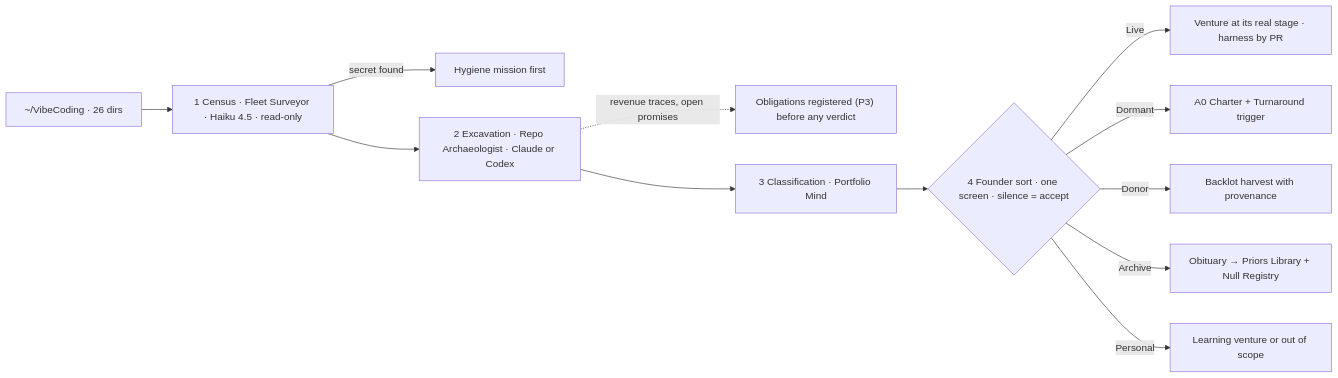
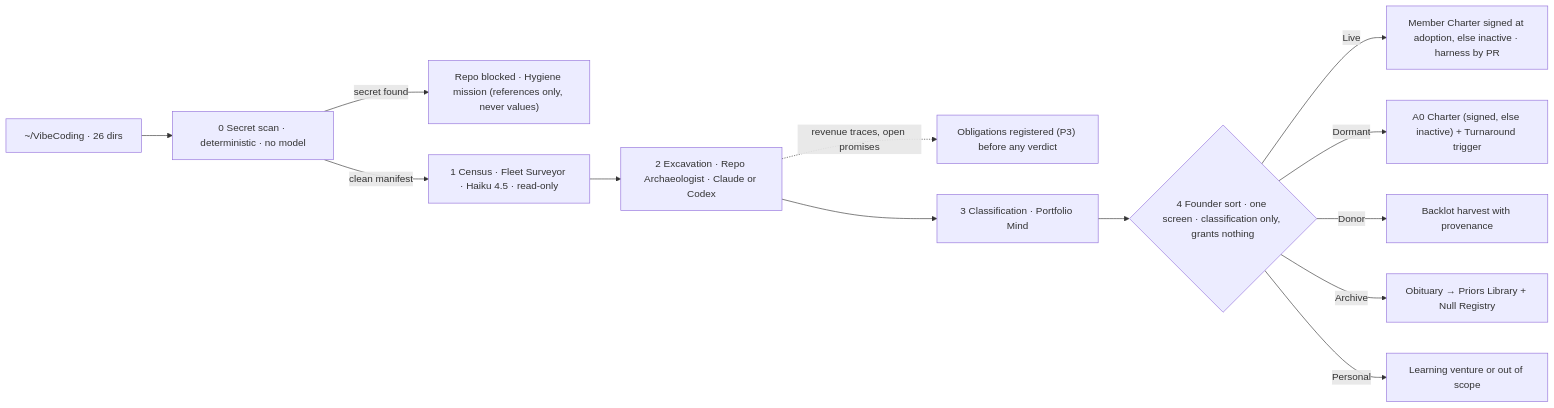
The third of 4 diagrams in docs/vision-v3/17-VIBE-STARTUPING-IN-PRACTICE.md (Adam077K/agentvibe), drawn with Mermaid before and after one commit. The commit also changed other lines of this file and 33 other files, not shown here.

````diff
--- a/docs/vision-v3/17-VIBE-STARTUPING-IN-PRACTICE.md
+++ b/docs/vision-v3/17-VIBE-STARTUPING-IN-PRACTICE.md
@@ -169,14 +179,15 @@
 ```mermaid
 flowchart LR
-  FS["~/VibeCoding · 26 dirs"] --> C["1 Census · Fleet Surveyor · Haiku 4.5 · read-only"]
-  C -->|secret found| H["Hygiene mission first"]
+  FS["~/VibeCoding · 26 dirs"] --> Z["0 Secret scan · deterministic · no model"]
+  Z -->|secret found| H["Repo blocked · Hygiene mission (references only, never values)"]
+  Z -->|clean manifest| C["1 Census · Fleet Surveyor · Haiku 4.5 · read-only"]
   C --> X["2 Excavation · Repo Archaeologist · Claude or Codex"]
   X -.->|revenue traces, open promises| OB["Obligations registered (P3) before any verdict"]
   X --> K["3 Classification · Portfolio Mind"]
-  K --> S{"4 Founder sort · one screen · silence = accept"}
-  S -->|Live| L["Venture at its real stage · harness by PR"]
-  S -->|Dormant| D["A0 Charter + Turnaround trigger"]
+  K --> S{"4 Founder sort · one screen · classification only, grants nothing"}
+  S -->|Live| L["Member Charter signed at adoption, else inactive · harness by PR"]
+  S -->|Dormant| D["A0 Charter (signed, else inactive) + Turnaround trigger"]
   S -->|Donor| B["Backlot harvest with provenance"]
   S -->|Archive| P["Obituary → Priors Library + Null Registry"]
   S -->|Personal| Q["Learning venture or out of scope"]
 ```
````
